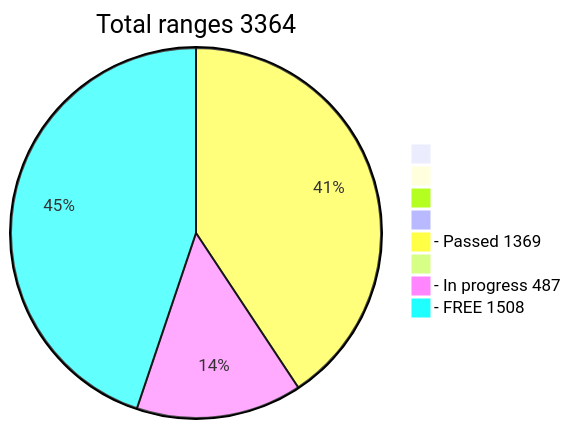
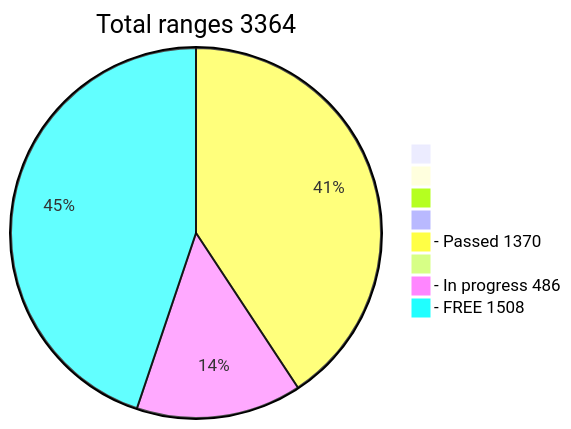
Before and after one commit to phrutis/wif500: the diagram in README.md, drawn with Mermaid.

````diff
--- a/README.md
+++ b/README.md
@@ -16,12 +16,12 @@
 ```mermaid
 pie title Total ranges 3364
              " " : 0
             "  " : 0
            "   " : 0
           "    " : 0
-  "- Passed 1369" : 1369
+  "- Passed 1370" : 1370
          "     " : 0
-  "- In progress 487" : 487
+  "- In progress 486" : 486
    "- FREE 1508" : 1508
    
 ```
````
